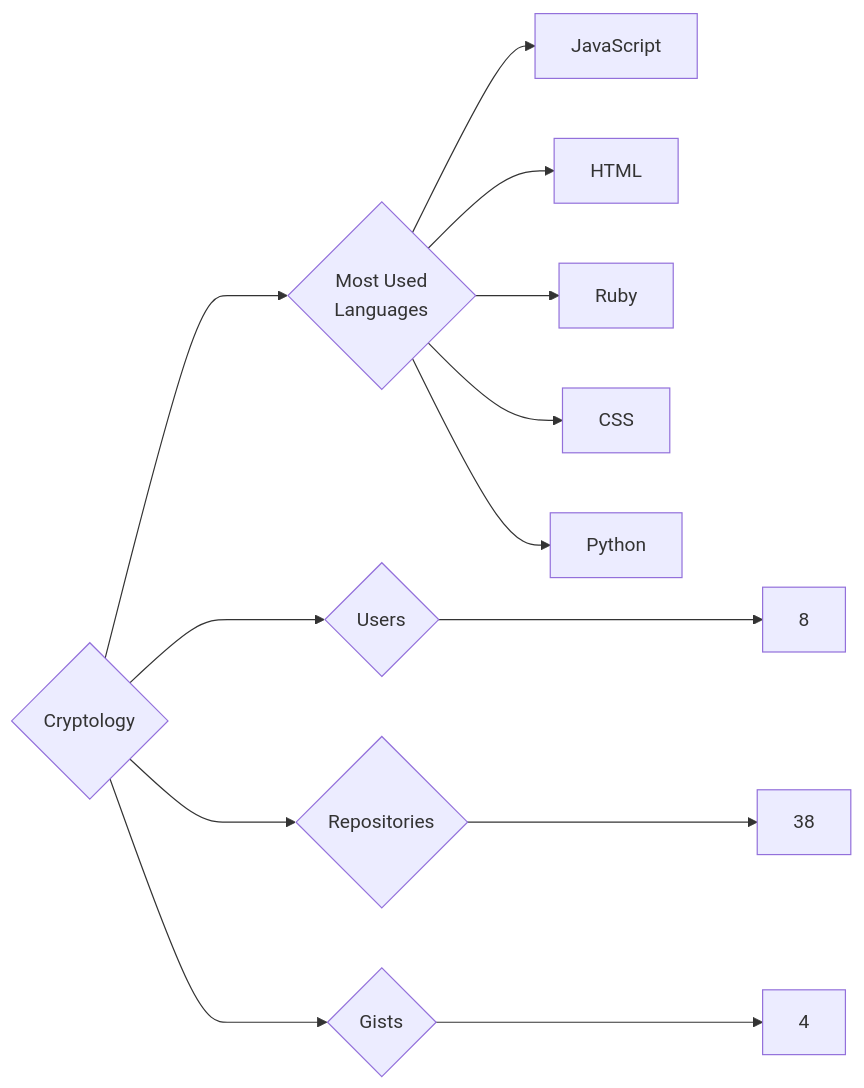
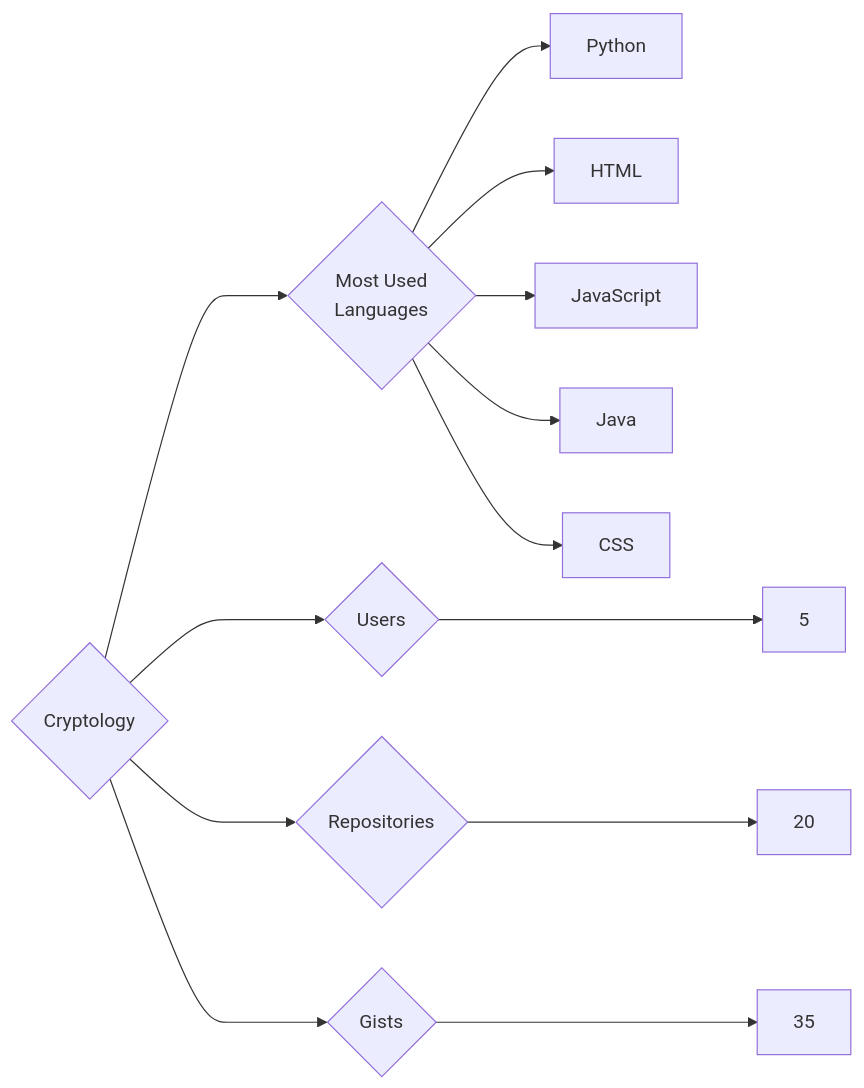
The diagram in targets/Cryptology/README.md (trickest/insiders), drawn with Mermaid before and after one commit. The commit also changed 1212 other files, not shown here.

````diff
--- a/targets/Cryptology/README.md
+++ b/targets/Cryptology/README.md
@@ -3,13 +3,13 @@
 ```mermaid
 graph LR
 COMPANY_NAME{Cryptology}
-COMPANY_NAME ---> U{Users} ---> UN[8]
-COMPANY_NAME ---> R{Repositories} ---> RN[38]
-COMPANY_NAME ---> G{Gists} ---> GN[4]
+COMPANY_NAME ---> U{Users} ---> UN[5]
+COMPANY_NAME ---> R{Repositories} ---> RN[20]
+COMPANY_NAME ---> G{Gists} ---> GN[35]
 COMPANY_NAME ---> ML{Most Used<br>Languages}
+ML --> Python[Python]
+ML --> HTML[HTML]
 ML --> JavaScript[JavaScript]
-ML --> HTML[HTML]
-ML --> Ruby[Ruby]
+ML --> Java[Java]
 ML --> CSS[CSS]
-ML --> Python[Python]
 ```
````
